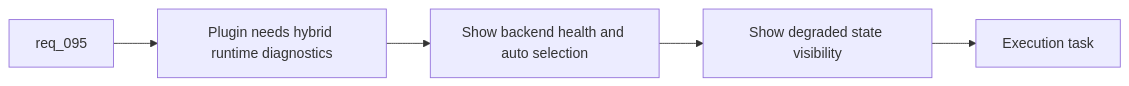
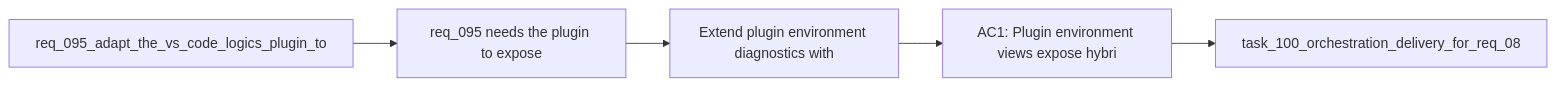
The diagram in logics/backlog/item_155_extend_plugin_environment_diagnostics_with_hybrid_runtime_health_backend_selection_and_degraded_state_visibility.md (AlexAgo83/logics-manager), drawn with Mermaid before and after one commit. The commit also changed 481 other files, not shown here.

````diff
--- a/logics/backlog/item_155_extend_plugin_environment_diagnostics_with_hybrid_runtime_health_backend_selection_and_degraded_state_visibility.md
+++ b/logics/backlog/item_155_extend_plugin_environment_diagnostics_with_hybrid_runtime_health_backend_selection_and_degraded_state_visibility.md
@@ -28,9 +28,9 @@
 ```mermaid
 %% logics-kind: backlog
 %% logics-signature: backlog|extend-plugin-environment-diagnostics-wi|req-095-adapt-the-vs-code-logics-plugin-|req-095-needs-the-plugin-to-expose|ac1-plugin-environment-views-expose-hybr
 flowchart LR
-    Request[req_095] --> Problem[Plugin needs hybrid runtime diagnostics]
-    Problem --> Health[Show backend health and auto selection]
-    Health --> Degraded[Show degraded state visibility]
-    Degraded --> Done[Execution task]
+    Request[req_095_adapt_the_vs_code_logics_plugin_to] --> Problem[req_095 needs the plugin to expose]
+    Problem --> Scope[Extend plugin environment diagnostics with]
+    Scope --> Acceptance[AC1: Plugin environment views expose hybri]
+    Acceptance --> Tasks[task_100_orchestration_delivery_for_req_08]
 ```
````
